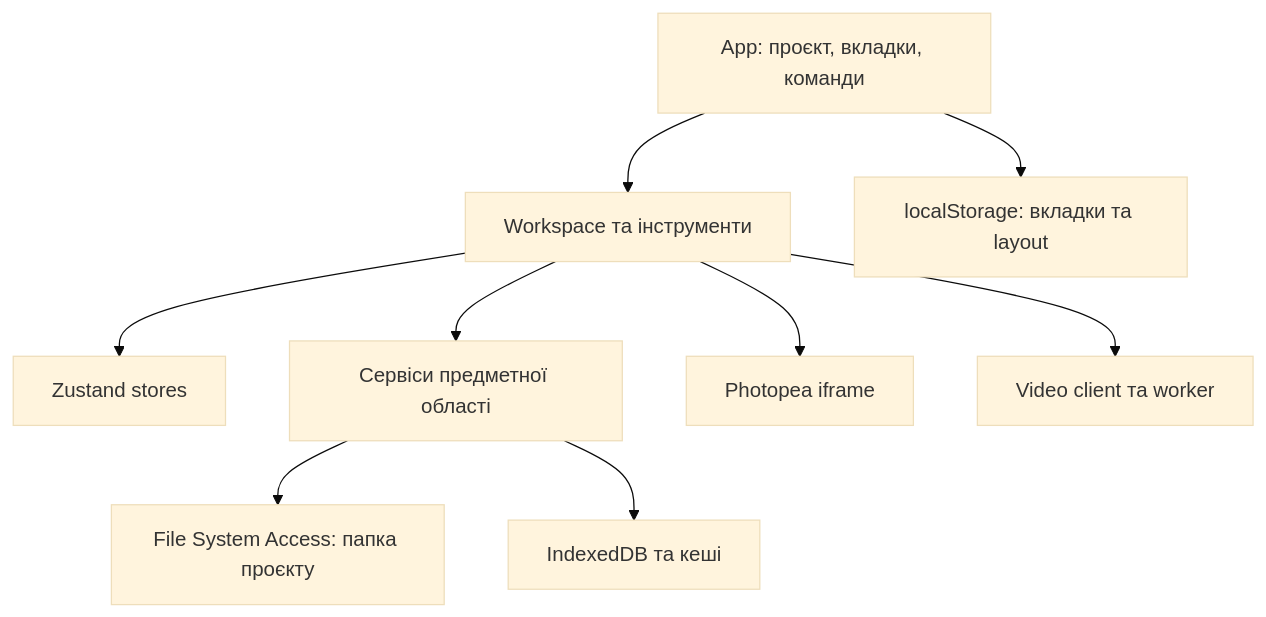
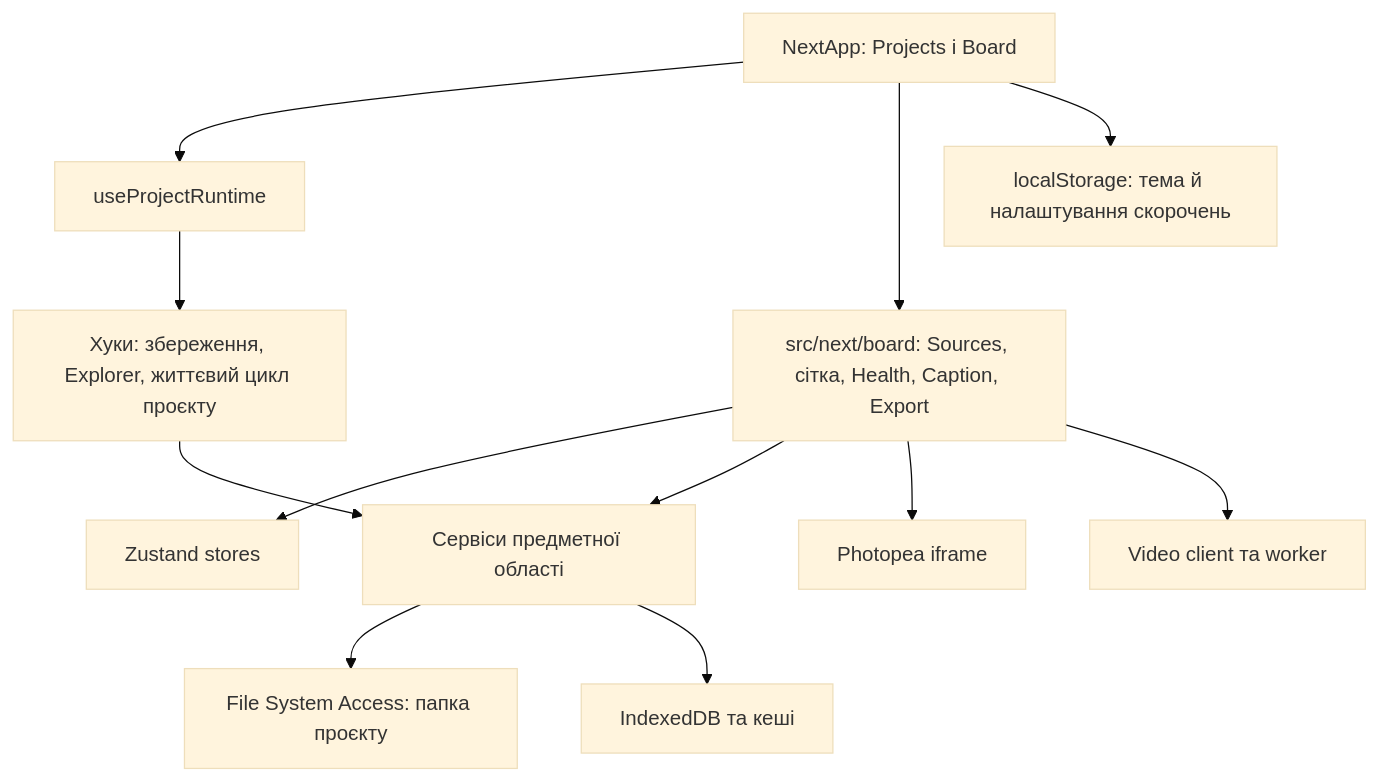
The diagram in ARCHITECTURE.md (cabinet-being/dataset-creator), drawn with Mermaid (base theme) before and after one commit. The commit also changed other lines of this file and 6 other files, not shown here.

````diff
--- a/ARCHITECTURE.md
+++ b/ARCHITECTURE.md
@@ -7,11 +7,14 @@
 ```mermaid
 flowchart TD
-  App[App: проєкт, вкладки, команди] --> UI[Workspace та інструменти]
-  UI --> Stores[Zustand stores]
-  UI --> Services[Сервіси предметної області]
+  Next[NextApp: Projects і Board] --> Runtime[useProjectRuntime]
+  Runtime --> Hooks[Хуки: збереження, Explorer, життєвий цикл проєкту]
+  Next --> Board[src/next/board: Sources, сітка, Health, Caption, Export]
+  Board --> Stores[Zustand stores]
+  Board --> Services[Сервіси предметної області]
+  Hooks --> Services
   Services --> Files[File System Access: папка проєкту]
   Services --> Cache[IndexedDB та кеші]
-  App --> Layout[localStorage: вкладки та layout]
-  UI --> Photopea[Photopea iframe]
-  UI --> Video[Video client та worker]
+  Next --> Local[localStorage: тема й налаштування скорочень]
+  Board --> Photopea[Photopea iframe]
+  Board --> Video[Video client та worker]
 ```
````
